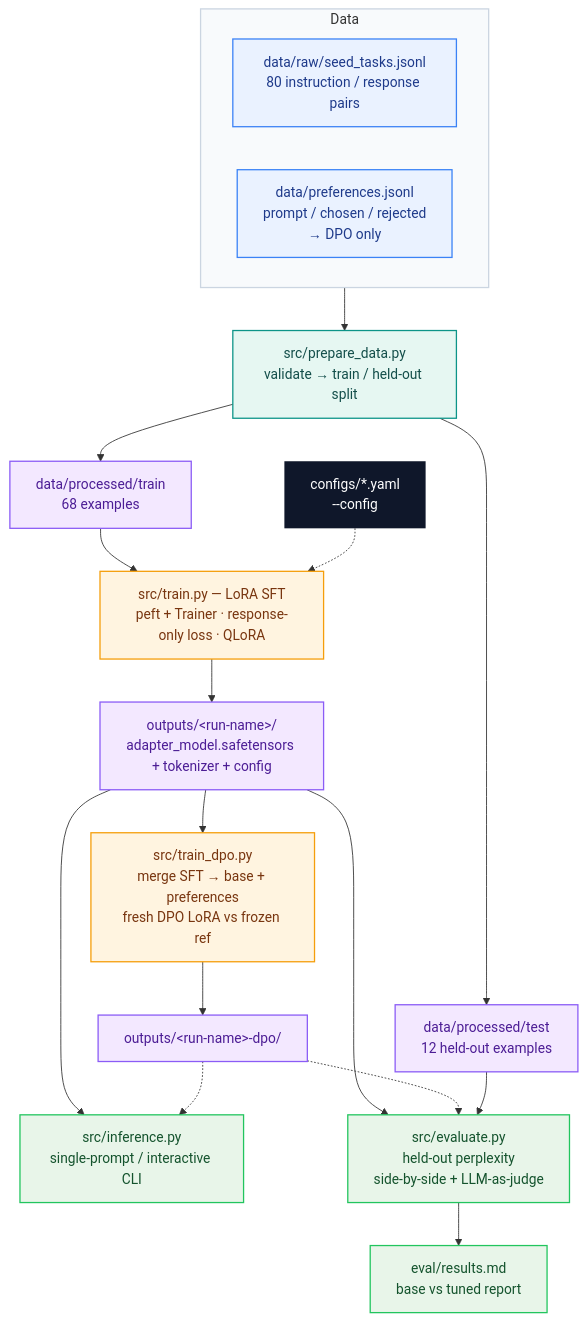
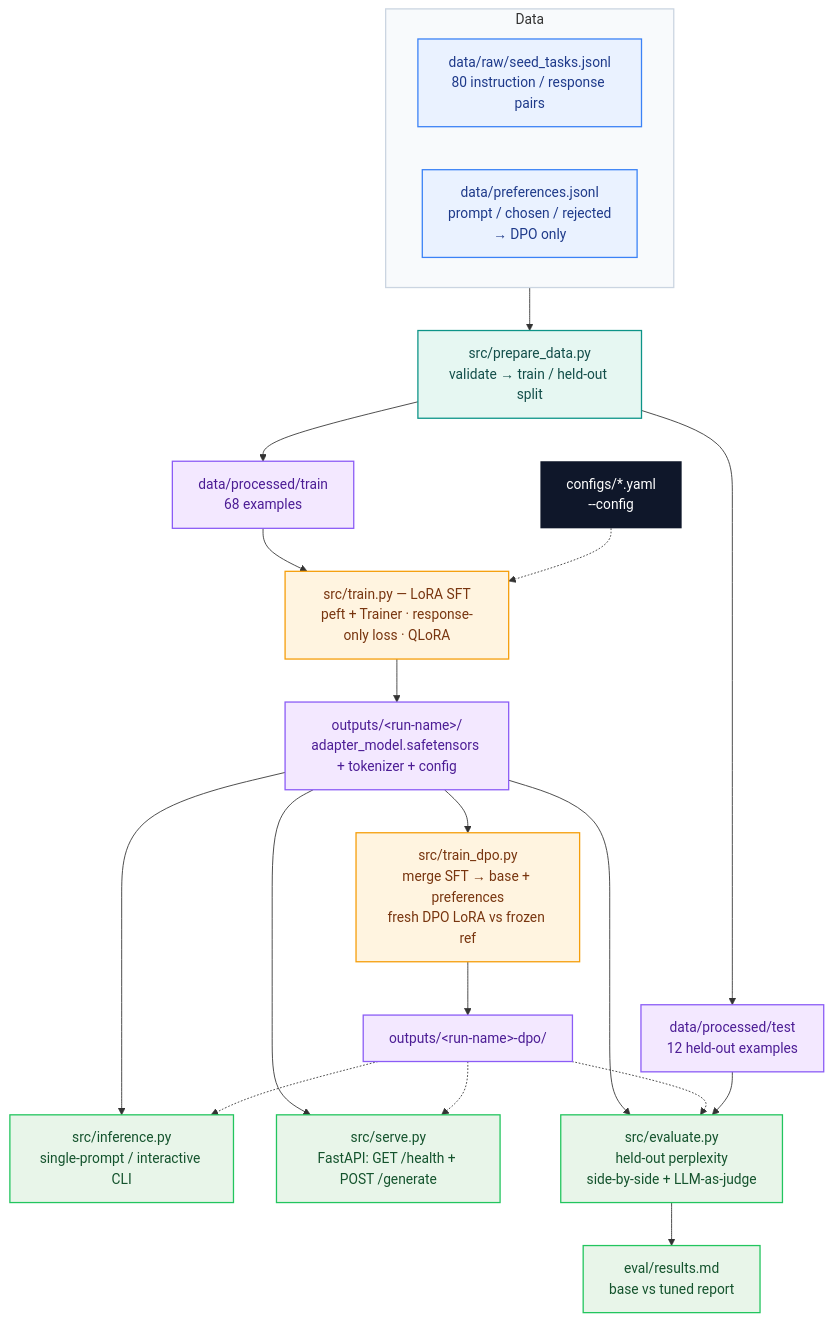
The diagram in README.md (rufengma/LLM-finetune-pipeline), drawn with Mermaid before and after one commit. The commit also changed other lines of this file and 3 other files, not shown here.

Commit message:
feat: add FastAPI inference server mode (src/serve.py)

````diff
--- a/README.md
+++ b/README.md
@@ -16,43 +16,46 @@
 ```mermaid
 flowchart TB
     subgraph Data["Data"]
         direction LR
         Raw["data/raw/seed_tasks.jsonl<br/>80 instruction / response pairs"]:::input
         Prefs["data/preferences.jsonl<br/>prompt / chosen / rejected<br/>→ DPO only"]:::input
     end
 
     Prep["src/prepare_data.py<br/>validate → train / held-out split"]:::process
     TrainSet["data/processed/train<br/>68 examples"]:::store
     TestSet["data/processed/test<br/>12 held-out examples"]:::store
     Cfg["configs/*.yaml<br/>--config"]:::entry
     SFT["src/train.py — LoRA SFT<br/>peft + Trainer · response-only loss · QLoRA"]:::model
     SFTOut["outputs/&lt;run-name&gt;/<br/>adapter_model.safetensors + tokenizer + config"]:::store
     DPO["src/train_dpo.py<br/>merge SFT → base + preferences<br/>fresh DPO LoRA vs frozen ref"]:::model
     DPOOut["outputs/&lt;run-name&gt;-dpo/"]:::store
     Infer["src/inference.py<br/>single-prompt / interactive CLI"]:::output
+    Serve["src/serve.py<br/>FastAPI: GET /health + POST /generate"]:::output
     Eval["src/evaluate.py<br/>held-out perplexity<br/>side-by-side + LLM-as-judge"]:::output
     Results["eval/results.md<br/>base vs tuned report"]:::output
 
     Raw --> Prep
     Prep --> TrainSet
     Prep --> TestSet
     TrainSet --> SFT
     Cfg -.-> SFT
     SFT --> SFTOut
     SFTOut --> DPO
     SFTOut --> Infer
+    SFTOut --> Serve
     SFTOut --> Eval
     DPO --> DPOOut
     DPOOut -.-> Infer
+    DPOOut -.-> Serve
     DPOOut -.-> Eval
     TestSet --> Eval
     Eval --> Results
 
     classDef entry fill:#0F172A,stroke:#0F172A,color:#FFFFFF,stroke-width:0px
     classDef input fill:#EAF2FF,stroke:#3B82F6,stroke-width:1.5px,color:#1E3A8A
     classDef process fill:#E6F7F2,stroke:#0D9488,stroke-width:1.5px,color:#134E4A
     classDef model fill:#FFF4E0,stroke:#F59E0B,stroke-width:1.5px,color:#78350F
     classDef store fill:#F3E8FF,stroke:#8B5CF6,stroke-width:1.5px,color:#4C1D95
     classDef output fill:#E8F5E9,stroke:#22C55E,stroke-width:1.5px,color:#14532D
     style Data fill:#F8FAFC,stroke:#CBD5E1,stroke-width:1.5px
 ```
````
